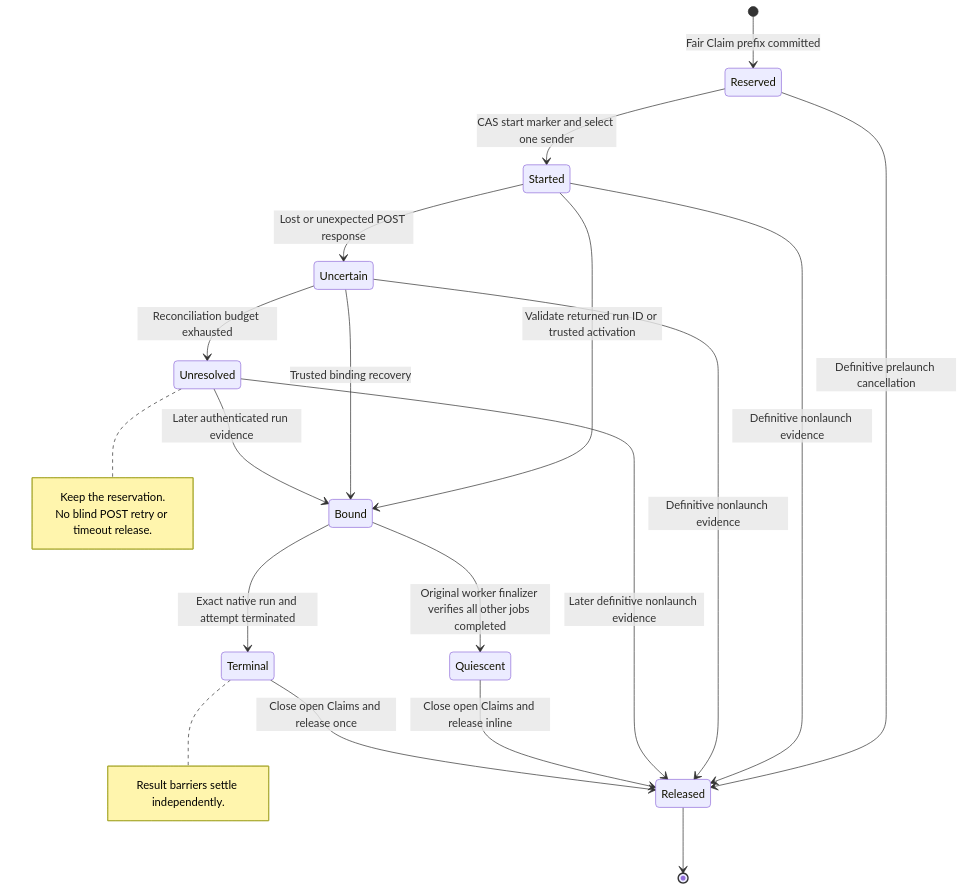
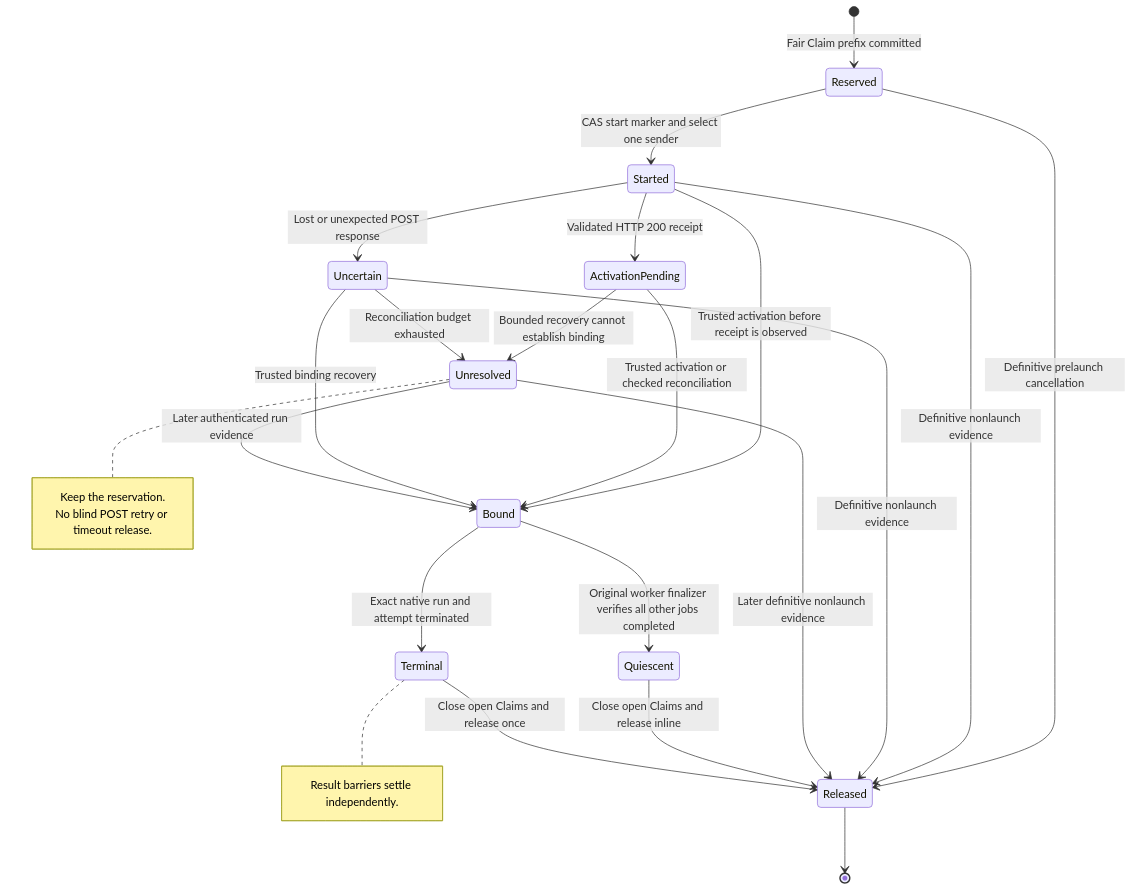
The eighth of 21 diagrams in docs/src/content/docs/specs/work-queue-specification.md (github/gh-aw), drawn with Mermaid before and after one commit. The commit also changed other lines of this file and 10 other files, not shown here.

````diff
--- a/docs/src/content/docs/specs/work-queue-specification.md
+++ b/docs/src/content/docs/specs/work-queue-specification.md
@@ -1202,26 +1202,29 @@
 ```mermaid
 stateDiagram-v2
     [*] --> Reserved: Fair Claim prefix committed
     Reserved --> Started: CAS start marker and select one sender
     Reserved --> Released: Definitive prelaunch cancellation
-    Started --> Bound: Validate returned run ID or trusted activation
+    Started --> ActivationPending: Validated HTTP 200 receipt
+    Started --> Bound: Trusted activation before receipt is observed
     Started --> Uncertain: Lost or unexpected POST response
     Started --> Released: Definitive nonlaunch evidence
+    ActivationPending --> Bound: Trusted activation or checked reconciliation
+    ActivationPending --> Unresolved: Bounded recovery cannot establish binding
     Uncertain --> Bound: Trusted binding recovery
     Uncertain --> Released: Definitive nonlaunch evidence
     Uncertain --> Unresolved: Reconciliation budget exhausted
     Unresolved --> Bound: Later authenticated run evidence
     Unresolved --> Released: Later definitive nonlaunch evidence
     Bound --> Terminal: Exact native run and attempt terminated
     Bound --> Quiescent: Original worker finalizer verifies all other jobs completed
     Quiescent --> Released: Close open Claims and release inline
     Terminal --> Released: Close open Claims and release once
     Released --> [*]
     note right of Unresolved
         Keep the reservation.
         No blind POST retry or timeout release.
     end note
     note right of Terminal
         Result barriers settle independently.
     end note
 ```
````
